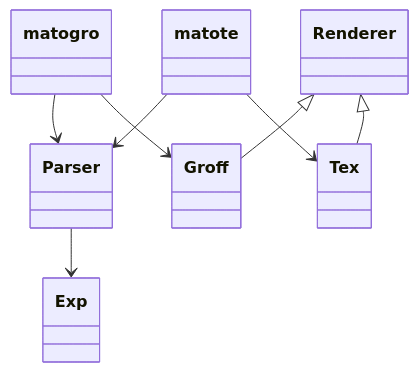
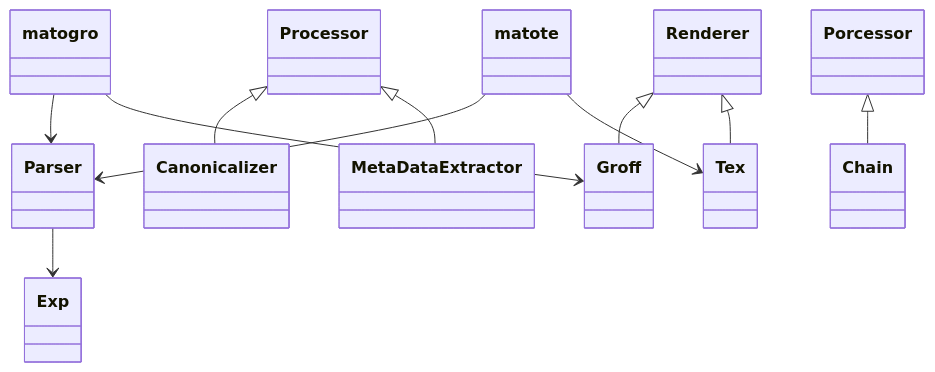
Before and after one commit to sschober/mato: the second of 2 diagrams in doc/architecture.md, drawn with Mermaid. The commit also changed other lines of this file and 2 other files, not shown here.

````diff
--- a/doc/architecture.md
+++ b/doc/architecture.md
@@ -3,10 +13,13 @@
 ```mermaid
 classDiagram
     matogro --> Parser
     matogro --> Groff
     Parser --> Exp
+    Processor <|-- Canonicalizer
+    Processor <|-- MetaDataExtractor
+    Porcessor <|-- Chain
     Renderer <|-- Groff
     Renderer <|-- Tex
     matote --> Parser
     matote --> Tex
 ```
````
